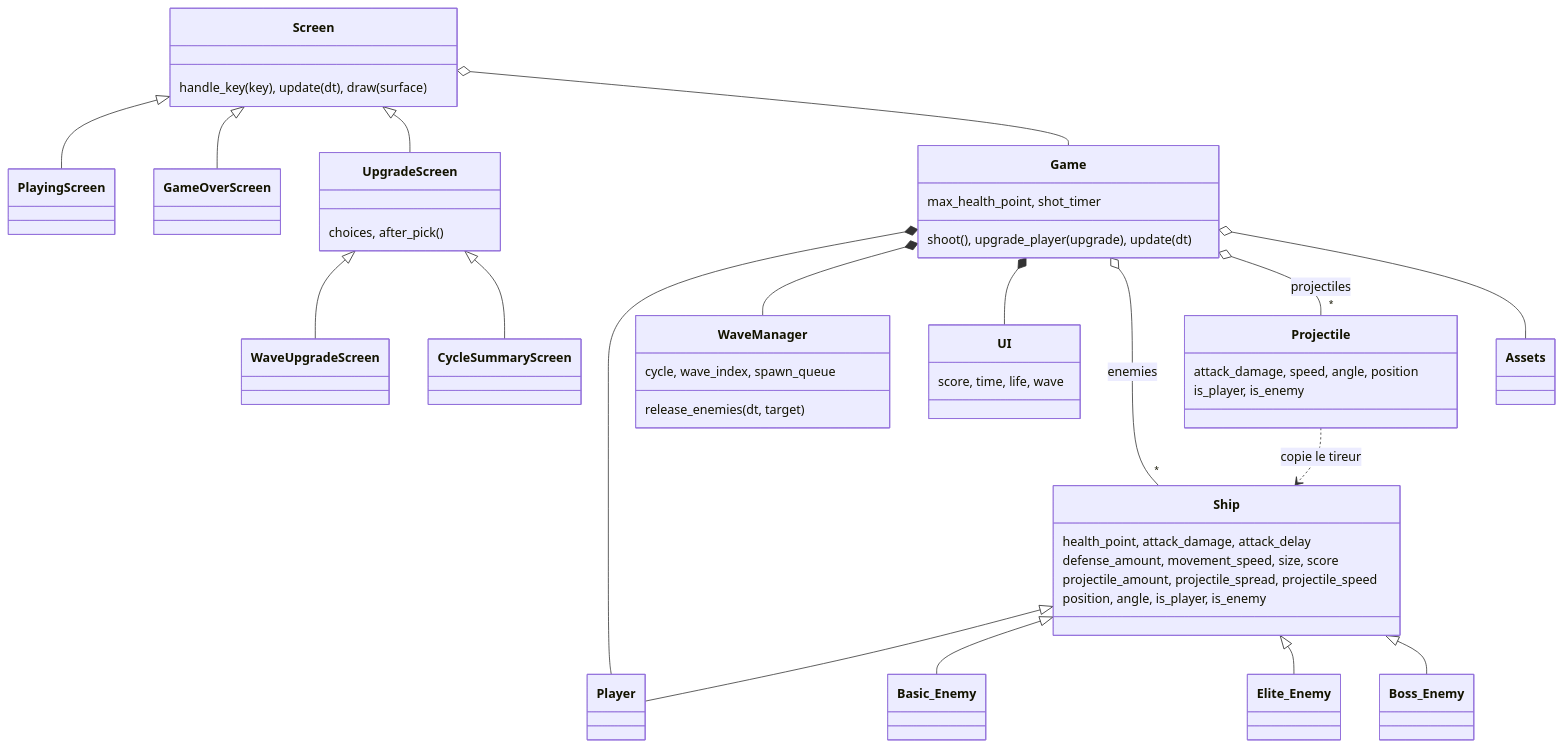
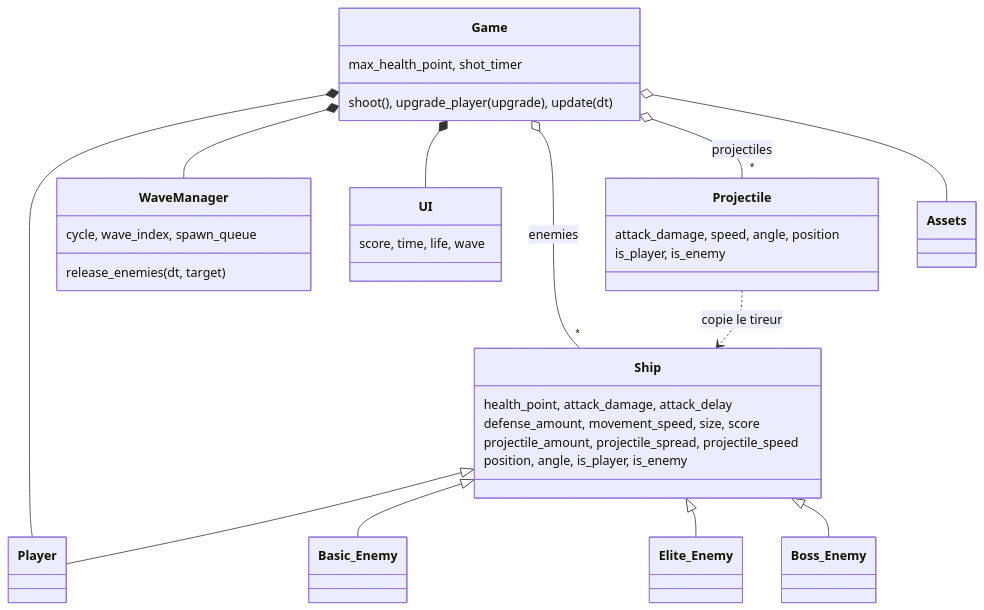
Before and after one commit to Oliphantaupe/circular-space-invaders: the first of 2 diagrams in REPORT.md, drawn with Mermaid.

Commit message:
Split the report's class diagram in two so it stays readable in the PDF

````diff
--- a/REPORT.md
+++ b/REPORT.md
@@ -38,47 +38,35 @@
 ```mermaid
 classDiagram
     class Ship {
         health_point, attack_damage, attack_delay
         defense_amount, movement_speed, size, score
         projectile_amount, projectile_spread, projectile_speed
         position, angle, is_player, is_enemy
     }
     class Projectile {
         attack_damage, speed, angle, position
         is_player, is_enemy
     }
     class UI {
         score, time, life, wave
     }
     class WaveManager {
         cycle, wave_index, spawn_queue
         release_enemies(dt, target)
     }
     class Game {
         max_health_point, shot_timer
         shoot(), upgrade_player(upgrade), update(dt)
     }
-    class Screen {
-        handle_key(key), update(dt), draw(surface)
-    }
-    class UpgradeScreen {
-        choices, after_pick()
-    }
     Ship <|-- Player
     Ship <|-- Basic_Enemy
     Ship <|-- Elite_Enemy
     Ship <|-- Boss_Enemy
     Projectile ..> Ship : copie le tireur
     Game *-- Player
     Game *-- WaveManager
     Game *-- UI
     Game o-- "*" Ship : enemies
     Game o-- "*" Projectile : projectiles
     Game o-- Assets
-    Screen <|-- PlayingScreen
-    Screen <|-- GameOverScreen
-    Screen <|-- UpgradeScreen
-    UpgradeScreen <|-- WaveUpgradeScreen
-    UpgradeScreen <|-- CycleSummaryScreen
-    Screen o-- Game
 ```
````
